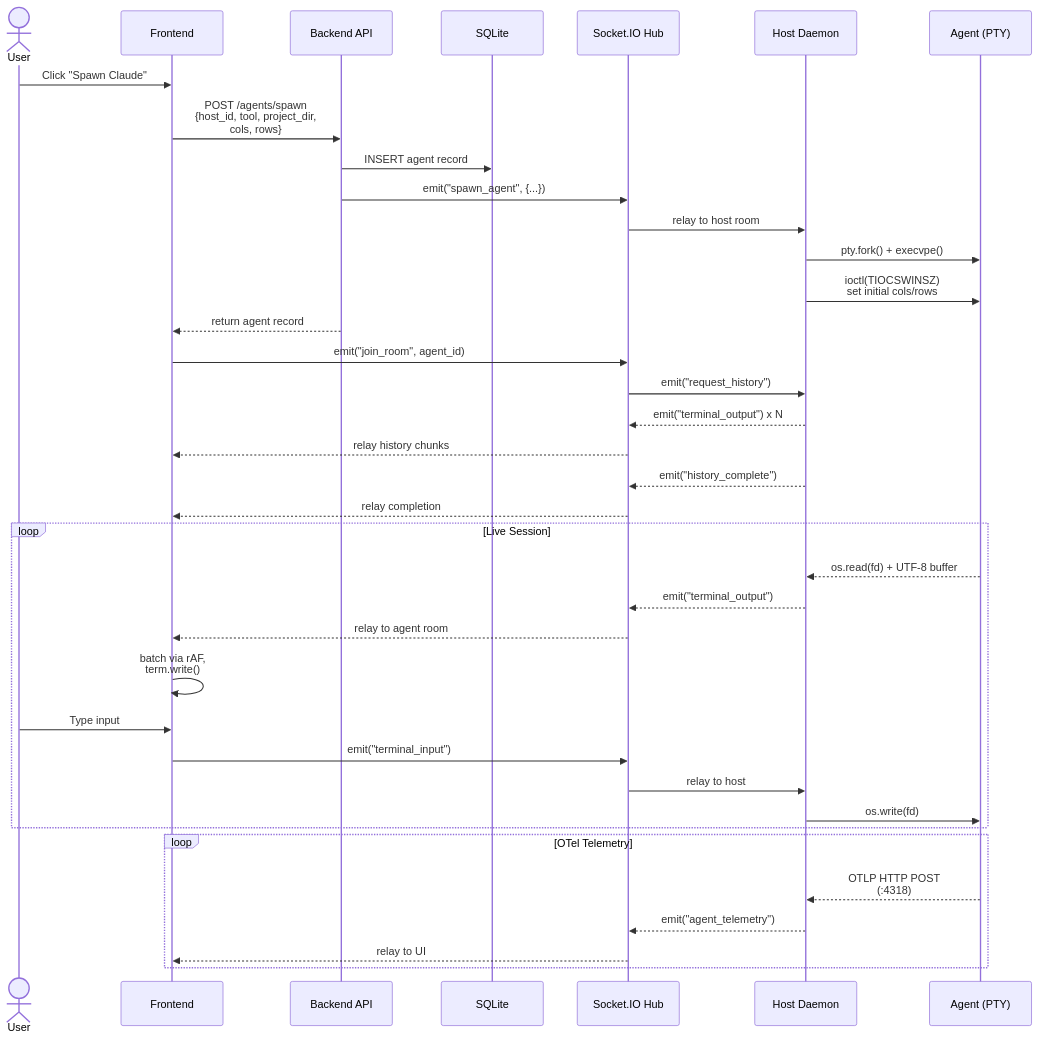
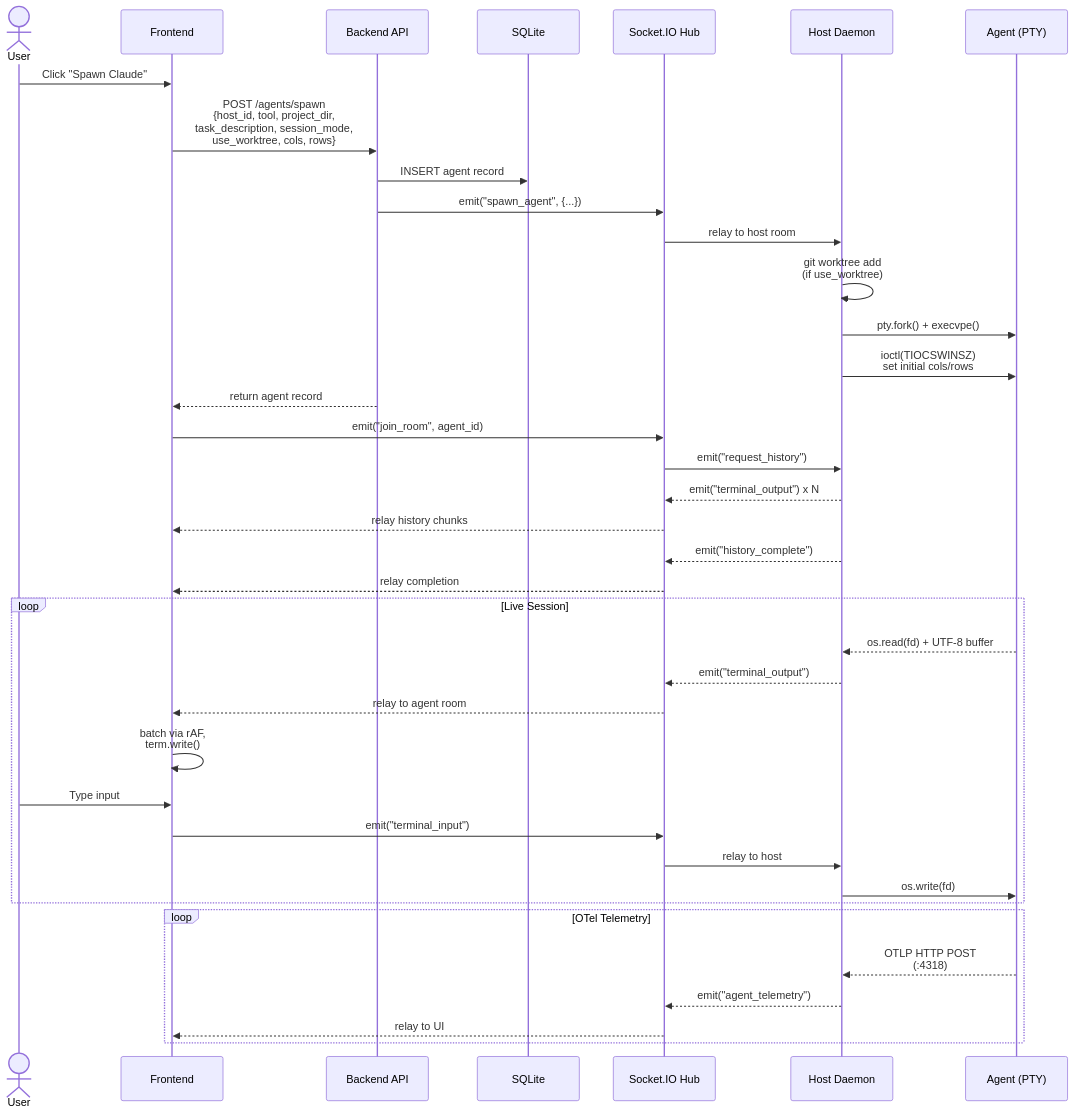
Before and after one commit to dustinblack/agent-dashboard: the second of 3 diagrams in README.md, drawn with Mermaid. The commit also changed other lines of this file and 4 other files, not shown here.

````diff
--- a/README.md
+++ b/README.md
@@ -185,44 +289,45 @@
 ```mermaid
 sequenceDiagram
     actor User
     participant FE as Frontend
     participant API as Backend API
     participant DB as SQLite
     participant SIO as Socket.IO Hub
     participant HD as Host Daemon
     participant PTY as Agent (PTY)
 
     User->>FE: Click "Spawn Claude"
-    FE->>API: POST /agents/spawn<br/>{host_id, tool, project_dir,<br/>cols, rows}
+    FE->>API: POST /agents/spawn<br/>{host_id, tool, project_dir,<br/>task_description, session_mode,<br/>use_worktree, cols, rows}
     API->>DB: INSERT agent record
     API->>SIO: emit("spawn_agent", {...})
     SIO->>HD: relay to host room
 
+    HD->>HD: git worktree add<br/>(if use_worktree)
     HD->>PTY: pty.fork() + execvpe()
     HD->>PTY: ioctl(TIOCSWINSZ)<br/>set initial cols/rows
     API-->>FE: return agent record
 
     FE->>SIO: emit("join_room", agent_id)
     SIO->>HD: emit("request_history")
     HD-->>SIO: emit("terminal_output") x N
     SIO-->>FE: relay history chunks
     HD-->>SIO: emit("history_complete")
     SIO-->>FE: relay completion
 
     loop Live Session
         PTY-->>HD: os.read(fd) + UTF-8 buffer
         HD-->>SIO: emit("terminal_output")
         SIO-->>FE: relay to agent room
         FE->>FE: batch via rAF,<br/>term.write()
         User->>FE: Type input
         FE->>SIO: emit("terminal_input")
         SIO->>HD: relay to host
         HD->>PTY: os.write(fd)
     end
 
     loop OTel Telemetry
         PTY-->>HD: OTLP HTTP POST<br/>(:4318)
         HD-->>SIO: emit("agent_telemetry")
         SIO-->>FE: relay to UI
     end
 ```
````
